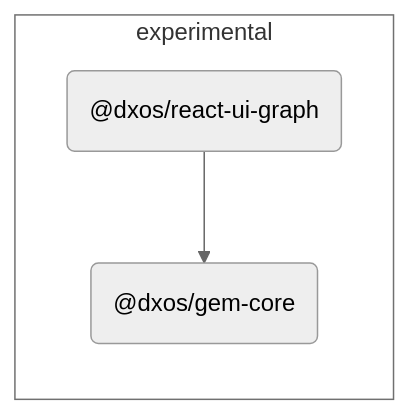
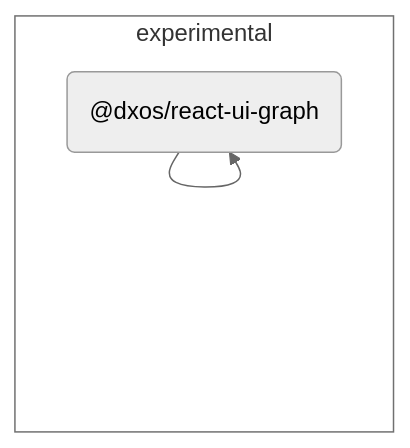
Before and after one commit to dxos/dxos: the diagram in packages/ui/react-ui-graph/docs/README.md, drawn with Mermaid (neutral theme). The commit also changed other lines of this file and 66 other files, not shown here.

````diff
--- a/packages/ui/react-ui-graph/docs/README.md
+++ b/packages/ui/react-ui-graph/docs/README.md
@@ -7,22 +7,22 @@
 ```mermaid
 %%{ init: {'flowchart':{'curve':'basis'}} }%%
 
 flowchart LR
 
 %% Classes
 
 
 
 %% Nodes
 
 subgraph experimental [experimental]
   style experimental fill:transparent
   dxos/react-ui-graph("@dxos/react-ui-graph"):::root
   click dxos/react-ui-graph "dxos/dxos/tree/main/packages/ui/react-ui-graph/docs"
-  dxos/gem-core("@dxos/gem-core"):::def
-  click dxos/gem-core "dxos/dxos/tree/main/packages/experimental/gem-core/docs"
+  dxos/react-ui-graph("@dxos/react-ui-graph"):::def
+  click dxos/react-ui-graph "dxos/dxos/tree/main/packages/ui/react-ui-graph/docs"
 end
 
 %% Links
-dxos/react-ui-graph --> dxos/gem-core
+dxos/react-ui-graph --> dxos/react-ui-graph
 ```
````
